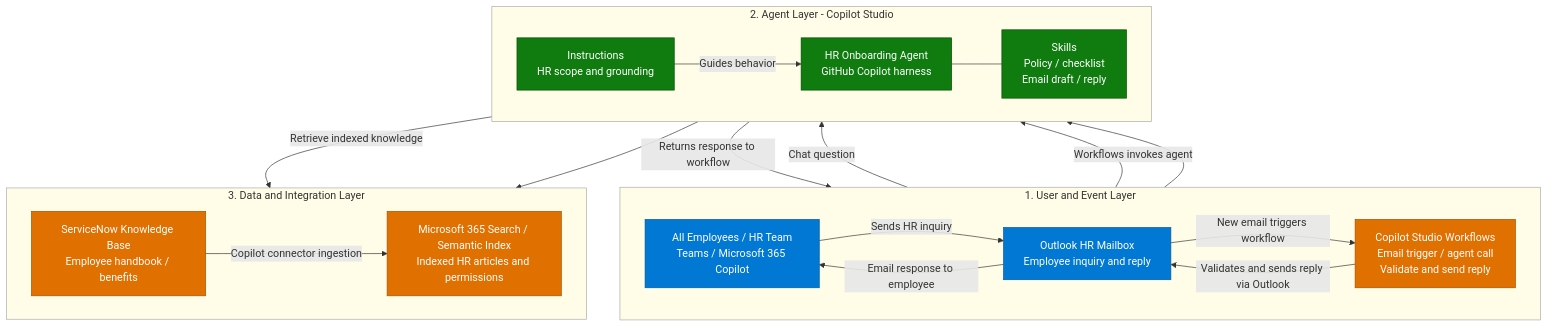
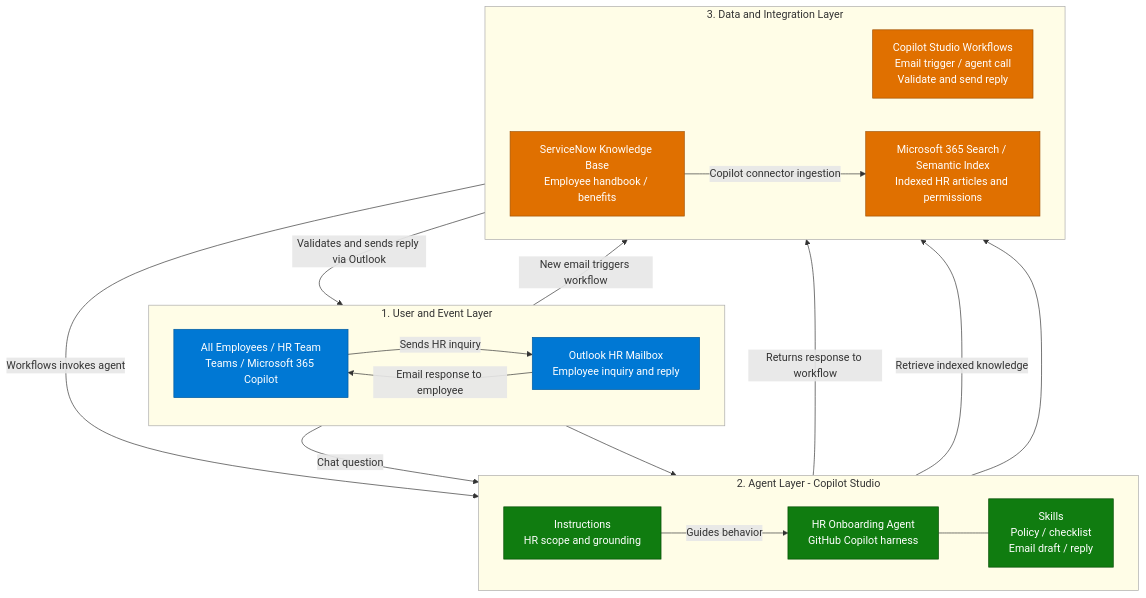
One commit to petepuu/ai-agent-runbooks changed the first of 3 diagrams in 01-scenarios/HR-Onboarding-Agent-GHCP/2.Architecture.md. Above: the diagram before and after it, drawn with Mermaid. The commit also changed other lines of this file and 2 other files, not shown here.

Commit message:
Place Workflows in the data and integration layer

````diff
--- a/01-scenarios/HR-Onboarding-Agent-GHCP/2.Architecture.md
+++ b/01-scenarios/HR-Onboarding-Agent-GHCP/2.Architecture.md
@@ -13,47 +13,47 @@
 ```mermaid
 flowchart TB
     subgraph USER["1. User and Event Layer"]
         direction LR
         U["All Employees / HR Team<br/>Teams / Microsoft 365 Copilot"]
         M["Outlook HR Mailbox<br/>Employee inquiry and reply"]
-        W["Copilot Studio Workflows<br/>Email trigger / agent call<br/>Validate and send reply"]
     end
     subgraph AGENT["2. Agent Layer - Copilot Studio"]
         direction LR
         I["Instructions<br/>HR scope and grounding"]
         A["HR Onboarding Agent<br/>GitHub Copilot harness"]
         S["Skills<br/>Policy / checklist<br/>Email draft / reply"]
     end
     subgraph DATA["3. Data and Integration Layer"]
         direction LR
+        W["Copilot Studio Workflows<br/>Email trigger / agent call<br/>Validate and send reply"]
         K["Microsoft 365 Search / Semantic Index<br/>Indexed HR articles and permissions"]
         SN["ServiceNow Knowledge Base<br/>Employee handbook / benefits"]
     end
 
     USER --> AGENT
     AGENT --> DATA
 
     U -->|"Chat question"| A
     U -->|"Sends HR inquiry"| M
     M -->|"New email triggers workflow"| W
     W -->|"Workflows invokes agent"| A
     A -->|"Returns response to workflow"| W
     W -->|"Validates and sends reply via Outlook"| M
     M -->|"Email response to employee"| U
     I -->|"Guides behavior"| A
     A --- S
     A -->|"Retrieve indexed knowledge"| K
     SN -->|"Copilot connector ingestion"| K
 
     style U fill:#0078D4,color:#fff,stroke:#005A9E
     style M fill:#0078D4,color:#fff,stroke:#005A9E
     style W fill:#E07000,color:#fff,stroke:#A05000
     style I fill:#107C10,color:#fff,stroke:#004B00
     style A fill:#107C10,color:#fff,stroke:#004B00
     style S fill:#107C10,color:#fff,stroke:#004B00
     style K fill:#E07000,color:#fff,stroke:#A05000
     style SN fill:#E07000,color:#fff,stroke:#A05000
     style USER fill:#fffde7,stroke:#aaa
     style AGENT fill:#fffde7,stroke:#aaa
     style DATA fill:#fffde7,stroke:#aaa
 ```
````
